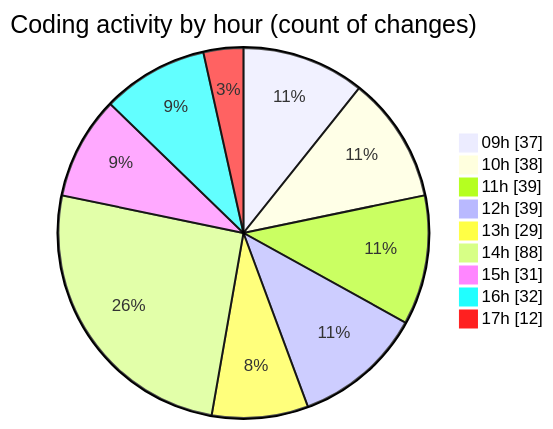
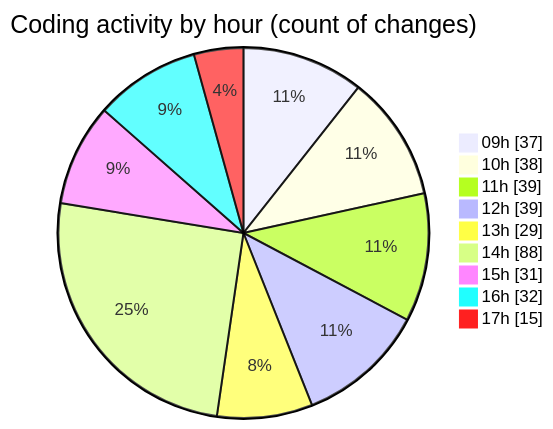
The second of 2 diagrams in 2025-02-12/cda/README.md (momahboobian/code-tracking), drawn with Mermaid before and after one commit. The commit also changed other lines of this file and 1 other file, not shown here.

````diff
--- a/2025-02-12/cda/README.md
+++ b/2025-02-12/cda/README.md
@@ -54,13 +54,13 @@
 ```mermaid
 pie showData
 title Coding activity by hour (count of changes)
 "09h" : 37
 "10h" : 38
 "11h" : 39
 "12h" : 39
 "13h" : 29
 "14h" : 88
 "15h" : 31
 "16h" : 32
-"17h" : 12
+"17h" : 15
 ```
````
